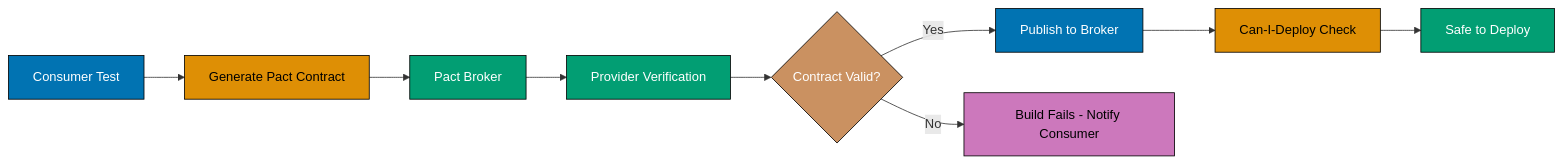
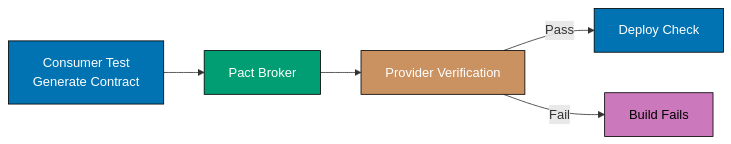
Before and after one commit to wahidyankf/open-sharia-enterprise: the ninth of 9 diagrams in apps/ayokoding-web/content/en/learn/software-engineering/development/behavior-driven-development-bdd/by-example/intermediate.md, drawn with Mermaid. The commit also changed other lines of this file and 16 other files, not shown here.

First line of the commit message:
fix(content): fix 46 pre-existing Mermaid violations in tutorial files

````diff
--- a/apps/ayokoding-web/content/en/learn/software-engineering/development/behavior-driven-development-bdd/by-example/intermediate.md
+++ b/apps/ayokoding-web/content/en/learn/software-engineering/development/behavior-driven-development-bdd/by-example/intermediate.md
@@ -7099,22 +7095,14 @@
 ```mermaid
 %% Color Palette: Blue #0173B2, Orange #DE8F05, Teal #029E73, Purple #CC78BC, Brown #CA9161
 graph LR
-    A[Consumer Test] --> B[Generate Pact Contract]
-    B --> C[Pact Broker]
-    C --> D[Provider Verification]
-    D --> E{Contract Valid?}
-    E -->|Yes| F[Publish to Broker]
-    E -->|No| G[Build Fails - Notify Consumer]
-    F --> H[Can-I-Deploy Check]
-    H --> I[Safe to Deploy]
+    A["Consumer Test<br/>Generate Contract"] --> B[Pact Broker]
+    B --> C[Provider Verification]
+    C -- Pass --> D[Deploy Check]
+    C -- Fail --> E[Build Fails]
 
     style A fill:#0173B2,stroke:#000,color:#fff
-    style B fill:#DE8F05,stroke:#000,color:#000
-    style C fill:#029E73,stroke:#000,color:#fff
-    style D fill:#029E73,stroke:#000,color:#fff
-    style E fill:#CA9161,stroke:#000,color:#fff
-    style F fill:#0173B2,stroke:#000,color:#fff
-    style G fill:#CC78BC,stroke:#000,color:#000
-    style H fill:#DE8F05,stroke:#000,color:#000
-    style I fill:#029E73,stroke:#000,color:#fff
+    style B fill:#029E73,stroke:#000,color:#fff
+    style C fill:#CA9161,stroke:#000,color:#fff
+    style D fill:#0173B2,stroke:#000,color:#fff
+    style E fill:#CC78BC,stroke:#000,color:#000
 ```
````
